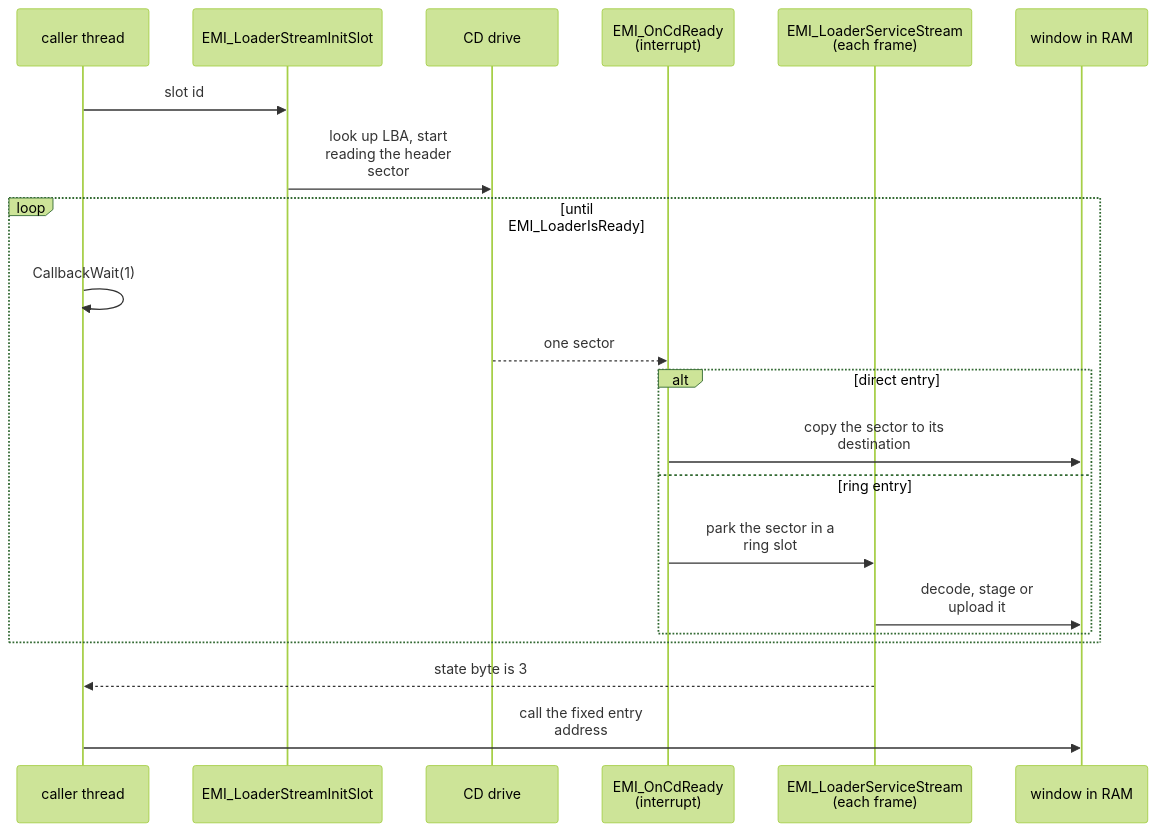
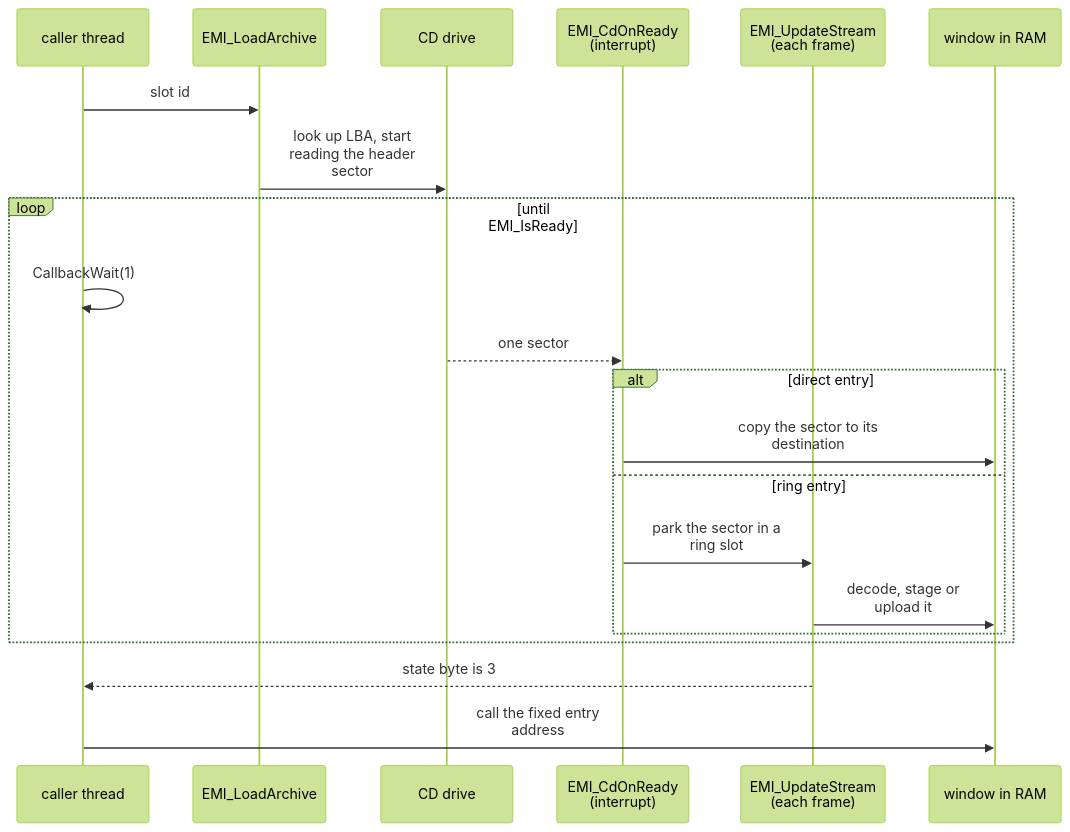
Before and after one commit to raulcorreia7/bof3-wiki: the diagram in src/content/docs/concepts/loading.md, drawn with Mermaid (forest theme). The commit also changed other lines of this file and 26 other files, not shown here.

````diff
--- a/src/content/docs/concepts/loading.md
+++ b/src/content/docs/concepts/loading.md
@@ -20,24 +20,24 @@
 ```mermaid
 sequenceDiagram
     participant Caller as caller thread
-    participant Init as EMI_LoaderStreamInitSlot
+    participant Init as EMI_LoadArchive
     participant Cd as CD drive
-    participant Rdy as EMI_OnCdReady<br/>(interrupt)
-    participant Svc as EMI_LoaderServiceStream<br/>(each frame)
+    participant Rdy as EMI_CdOnReady<br/>(interrupt)
+    participant Svc as EMI_UpdateStream<br/>(each frame)
     participant Ram as window in RAM
 
     Caller->>Init: slot id
     Init->>Cd: look up LBA, start<br/>reading the header<br/>sector
-    loop until<br/>EMI_LoaderIsReady
+    loop until<br/>EMI_IsReady
         Caller->>Caller: CallbackWait(1)
         Cd-->>Rdy: one sector
         alt direct entry
             Rdy->>Ram: copy the sector to its<br/>destination
         else ring entry
             Rdy->>Svc: park the sector in a<br/>ring slot
             Svc->>Ram: decode, stage or<br/>upload it
         end
     end
     Svc-->>Caller: state byte is 3
     Caller->>Ram: call the fixed entry<br/>address
 ```
````
